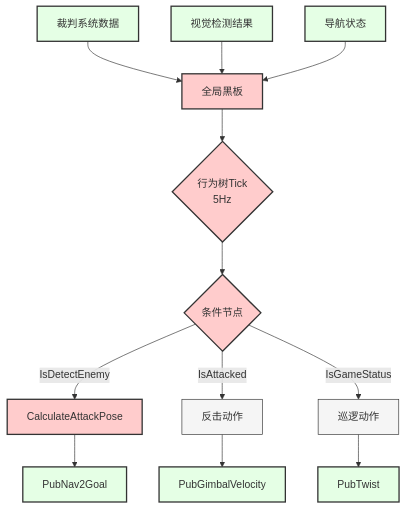
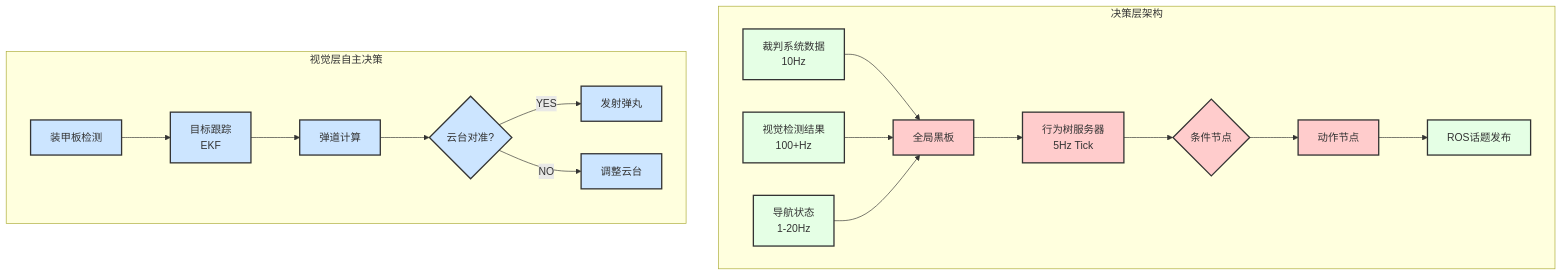
One commit to happywosabi/pb2025_sentry_ws changed the first of 8 diagrams in docs/05_决策层.md. Above: the diagram before and after it, drawn with Mermaid. The commit also changed other lines of this file and 3 other files, not shown here.

````diff
--- a/docs/05_决策层.md
+++ b/docs/05_决策层.md
@@ -21,25 +26,29 @@
 ```mermaid
 graph TB
-    A[裁判系统数据] --> B[全局黑板]
-    C[视觉检测结果] --> B
-    D[导航状态] --> B
+    subgraph "决策层架构"
+        A[裁判系统数据<br/>10Hz] --> B[全局黑板]
+        C[视觉检测结果<br/>100+Hz] --> B
+        D[导航状态<br/>1-20Hz] --> B
 
-    B --> E{行为树Tick<br>5Hz}
+        B --> E[行为树服务器<br/>5Hz Tick]
+        E --> F{条件节点}
+        F --> G[动作节点]
+        G --> H[ROS话题发布]
+    end
 
-    E --> F{条件节点}
-    F --> |IsDetectEnemy| G[CalculateAttackPose]
-    F --> |IsAttacked| H[反击动作]
-    F --> |IsGameStatus| I[巡逻动作]
-
-    G --> J[PubNav2Goal]
-    H --> K[PubGimbalVelocity]
-    I --> L[PubTwist]
+    subgraph "视觉层自主决策"
+        I[装甲板检测] --> J[目标跟踪<br/>EKF]
+        J --> K[弹道计算]
+        K --> L{云台对准?}
+        L -->|YES| M[发射弹丸]
+        L -->|NO| N[调整云台]
+    end
 
     classDef decisionClass fill:#FFCCCC,stroke:#333,stroke-width:2px
     classDef dataClass fill:#E5FFE5,stroke:#333,stroke-width:2px
-    classDef processClass fill:#F5F5F5,stroke:#333,stroke-width:1px
+    classDef autoClass fill:#CCE5FF,stroke:#333,stroke-width:2px
 
     class B,E,F,G decisionClass
-    class A,C,D,J,K,L dataClass
-    class H,I processClass
+    class A,C,D,H dataClass
+    class I,J,K,L,M,N autoClass
 ```
````
